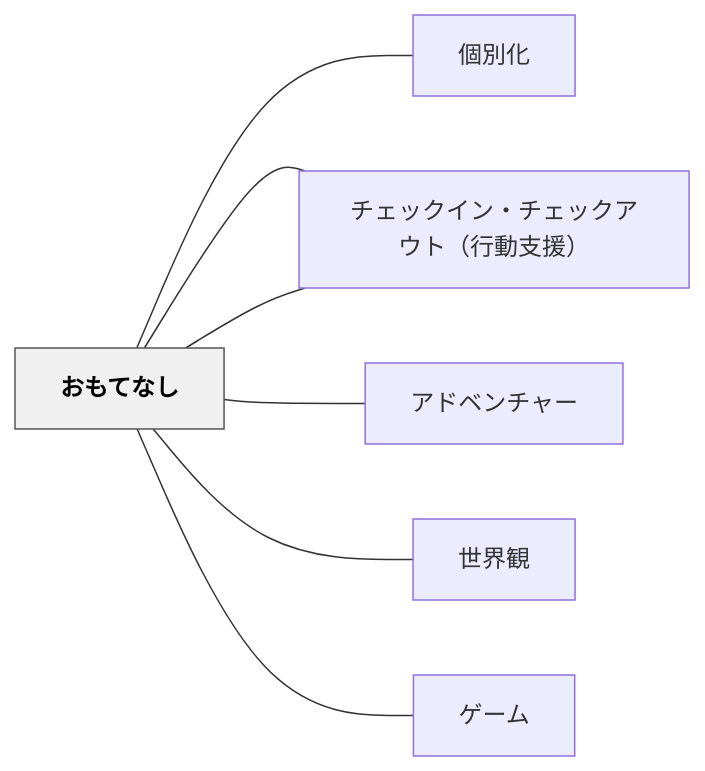
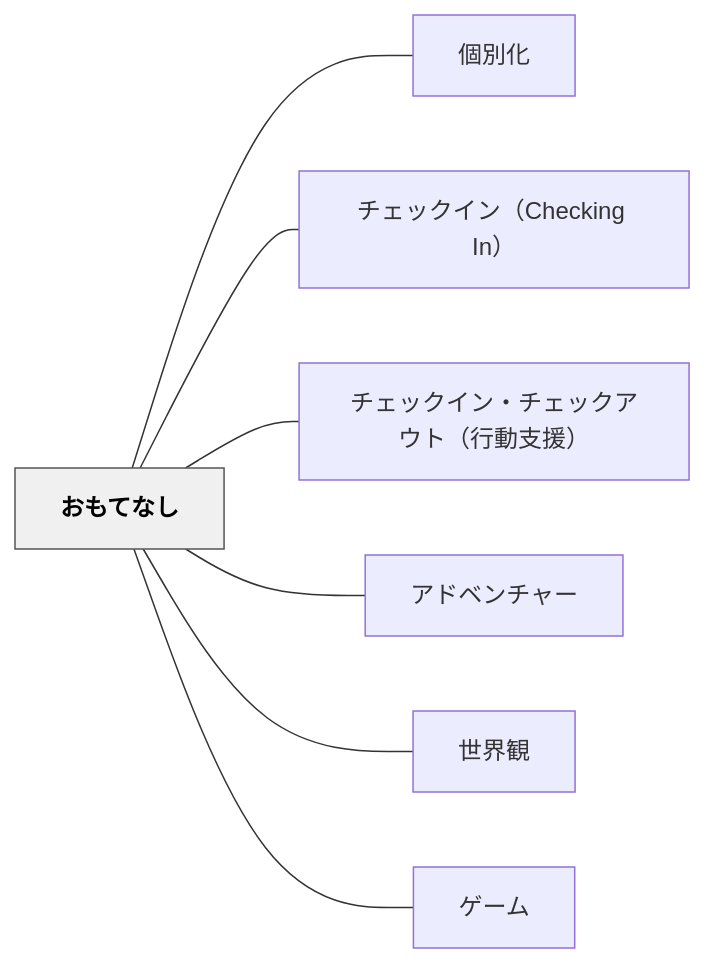
The diagram in content/パタン/おもてなし.md (unknownthings-ed-patterns/unknownthings-ed-patterns), drawn with Mermaid before and after one commit. The commit also changed 527 other files, not shown here.

````diff
--- a/content/パタン/おもてなし.md
+++ b/content/パタン/おもてなし.md
@@ -135,20 +135,20 @@
 ```mermaid
 flowchart LR
-    ne3818ae38282["おもてなし"]
-    ne5808be588a5["個別化"]
-    ne38381e382a7["チェックイン（Checking In）"]
-    ne38381e382a7["チェックイン・チェックアウト（行動支援）"]
-    ne382a2e38389["アドベンチャー"]
-    ne4b896e7958c["世界観"]
-    ne382b2e383bc["ゲーム"]
+    ne3818ae38282e381a6e381aae38197["おもてなし"]
+    ne5808be588a5e58c96["個別化"]
+    ne38381e382a7e38383e382afe382a4e383b3efbc88436865636b696e6720496eefbc89["チェックイン（Checking In）"]
+    ne38381e382a7e38383e382afe382a4e383b3e383bbe38381e382a7e38383e382afe382a2e382a6e38388efbc88e8a18ce58b95e694afe68fb4efbc89["チェックイン・チェックアウト（行動支援）"]
+    ne382a2e38389e38399e383b3e38381e383a3e383bc["アドベンチャー"]
+    ne4b896e7958ce8a6b3["世界観"]
+    ne382b2e383bce383a0["ゲーム"]
 
-    ne3818ae38282 --- ne5808be588a5
-    ne3818ae38282 --- ne38381e382a7
-    ne3818ae38282 --- ne38381e382a7
-    ne3818ae38282 --- ne382a2e38389
-    ne3818ae38282 --- ne4b896e7958c
-    ne3818ae38282 --- ne382b2e383bc
+    ne3818ae38282e381a6e381aae38197 --- ne5808be588a5e58c96
+    ne3818ae38282e381a6e381aae38197 --- ne38381e382a7e38383e382afe382a4e383b3efbc88436865636b696e6720496eefbc89
+    ne3818ae38282e381a6e381aae38197 --- ne38381e382a7e38383e382afe382a4e383b3e383bbe38381e382a7e38383e382afe382a2e382a6e38388efbc88e8a18ce58b95e694afe68fb4efbc89
+    ne3818ae38282e381a6e381aae38197 --- ne382a2e38389e38399e383b3e38381e383a3e383bc
+    ne3818ae38282e381a6e381aae38197 --- ne4b896e7958ce8a6b3
+    ne3818ae38282e381a6e381aae38197 --- ne382b2e383bce383a0
 
     classDef hub fill:#f0f0f0,stroke:#555,color:#000,font-weight:bold
-    class ne3818ae38282 hub
+    class ne3818ae38282e381a6e381aae38197 hub
 ```
````
